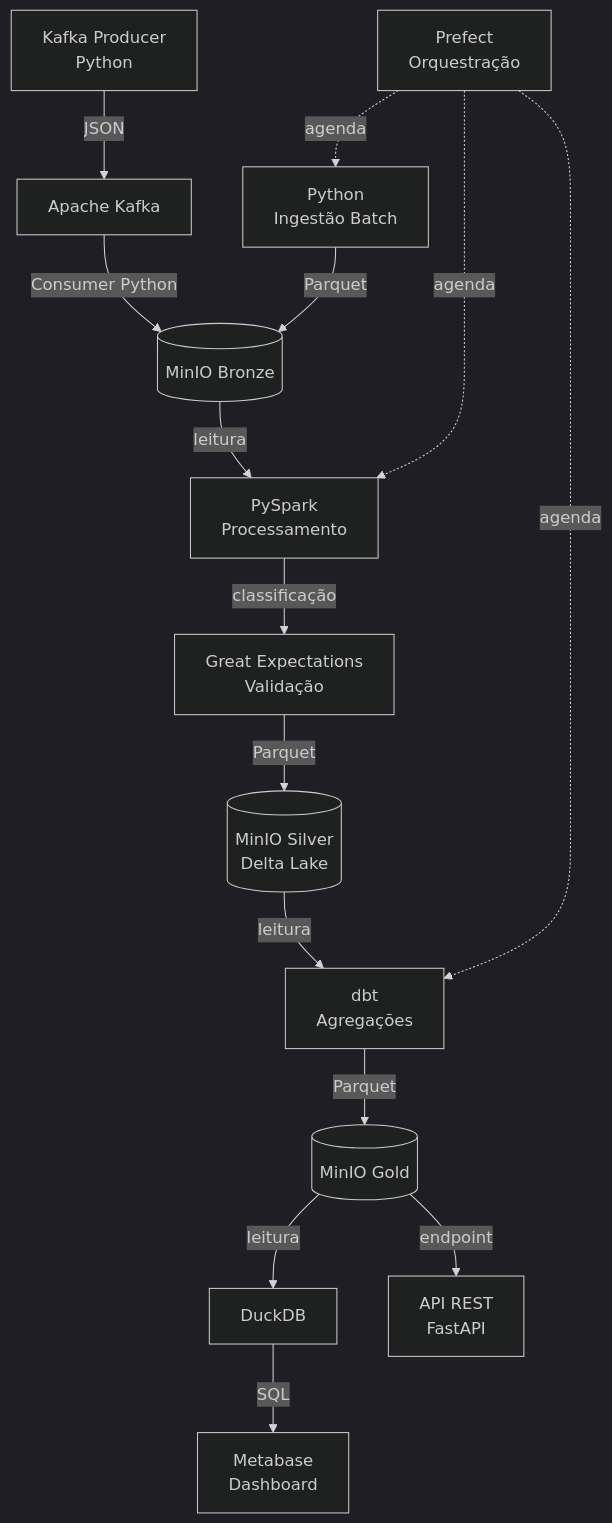
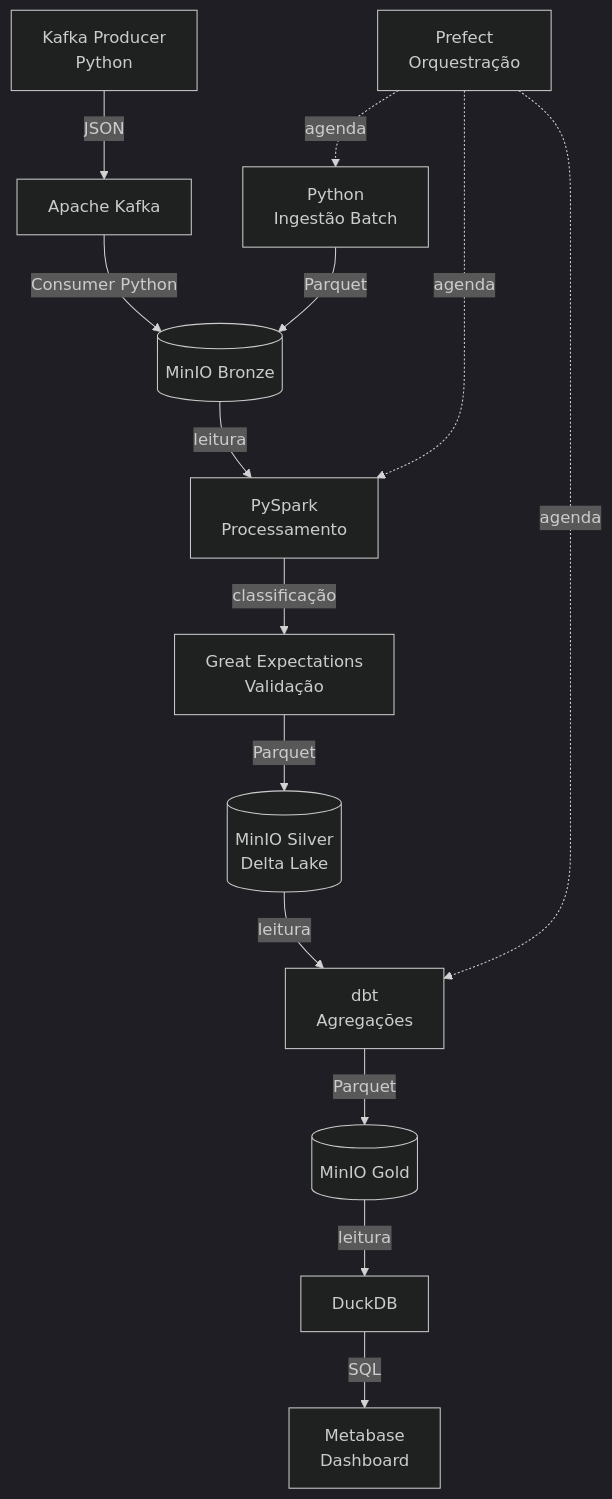
The diagram in docs/05-tecnologias.md (leonardoamaral90/uniceub_ecosort_eng216), drawn with Mermaid (dark theme) before and after one commit. The commit also changed other lines of this file, not shown here.

````diff
--- a/docs/05-tecnologias.md
+++ b/docs/05-tecnologias.md
@@ -188,21 +179,20 @@
 ```mermaid
 graph TD
     A[Python\nIngestão Batch] -->|Parquet| B[(MinIO Bronze)]
     C[Kafka Producer\nPython] -->|JSON| D[Apache Kafka]
     D -->|Consumer Python| B
 
     B -->|leitura| E[PySpark\nProcessamento]
     E -->|classificação| F[Great Expectations\nValidação]
     F -->|Parquet| G[(MinIO Silver\nDelta Lake)]
 
     G -->|leitura| H[dbt\nAgregações]
     H -->|Parquet| I[(MinIO Gold)]
 
     I -->|leitura| J[DuckDB]
     J -->|SQL| K[Metabase\nDashboard]
-    I -->|endpoint| M[API REST\nFastAPI]
 
     N[Prefect\nOrquestração] -.->|agenda| A
     N -.->|agenda| E
     N -.->|agenda| H
 ```
````
